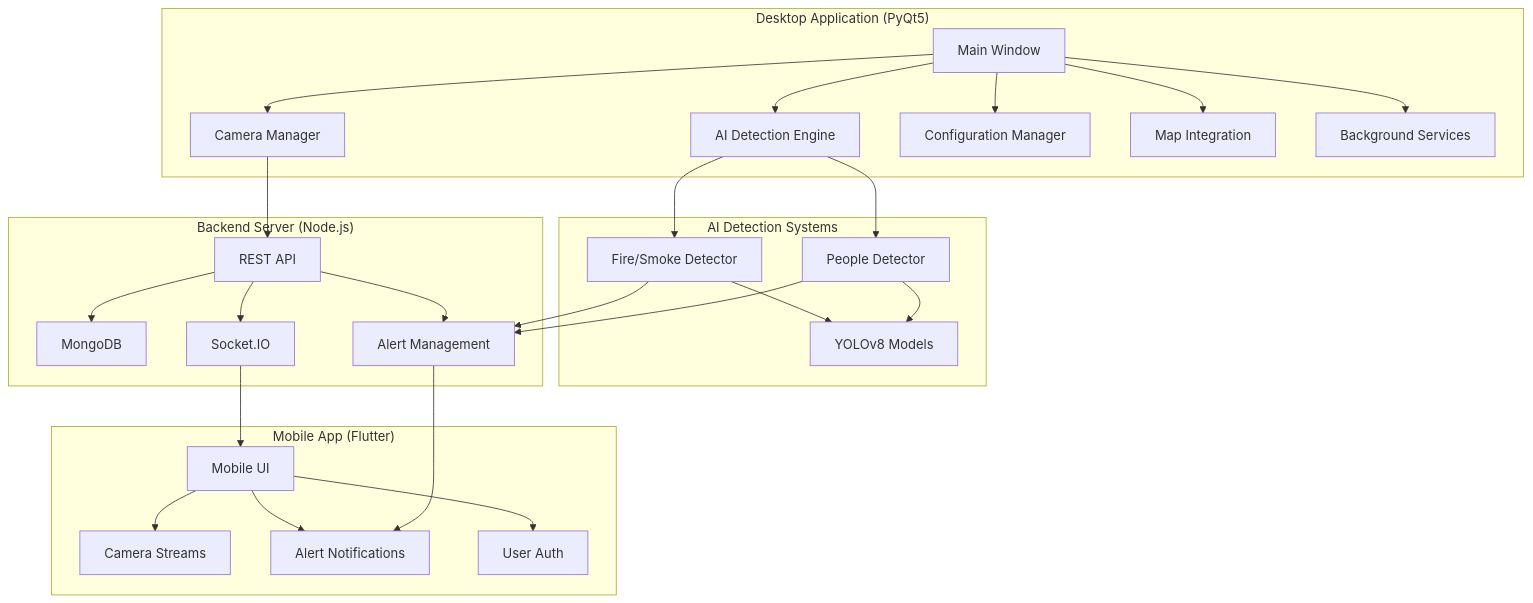
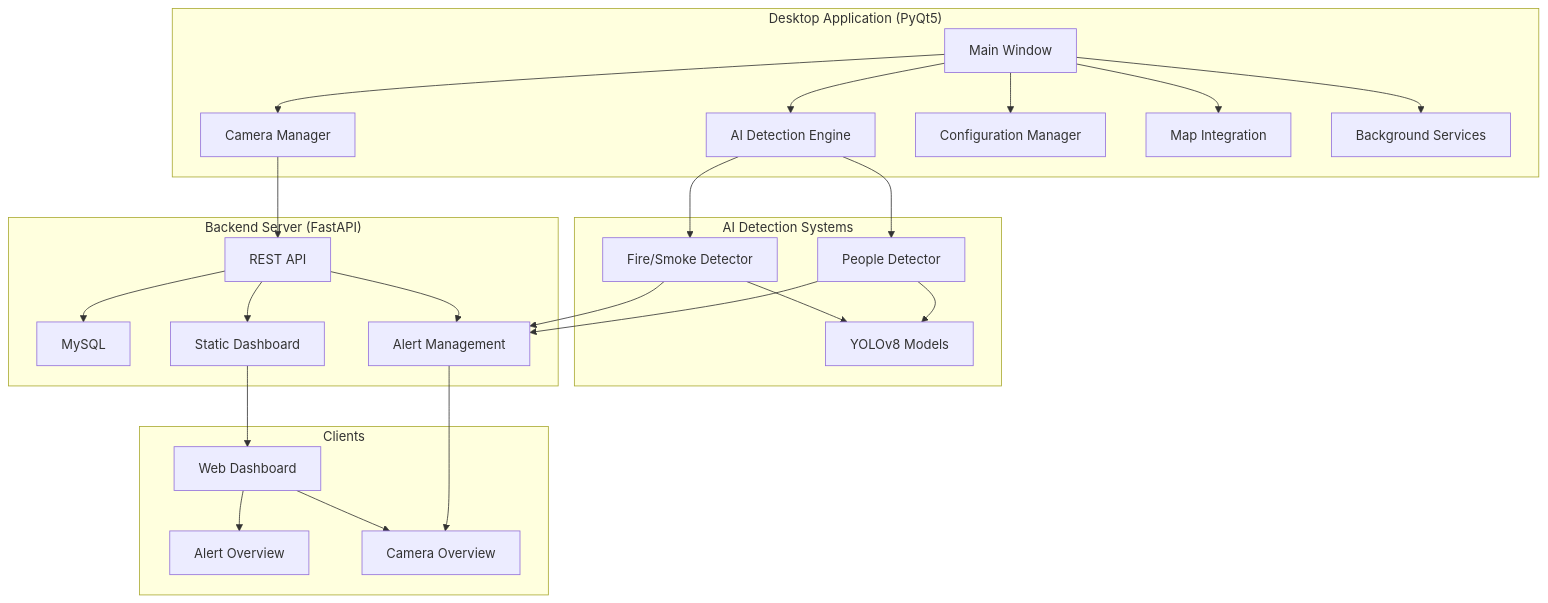
The first of 3 diagrams in software/README.md (AkashdeepG-FOC/firevision_sql), drawn with Mermaid before and after one commit. The commit also changed other lines of this file and 18 other files, not shown here.

````diff
--- a/software/README.md
+++ b/software/README.md
@@ -48,35 +48,34 @@
 ```mermaid
 graph TB
     subgraph "Desktop Application (PyQt5)"
         A[Main Window] --> B[Camera Manager]
         A --> C[AI Detection Engine]
         A --> D[Configuration Manager]
         A --> E[Map Integration]
         A --> F[Background Services]
     end
     
     subgraph "AI Detection Systems"
         C --> G[Fire/Smoke Detector]
         C --> H[People Detector]
         G --> I[YOLOv8 Models]
         H --> I
     end
     
-    subgraph "Backend Server (Node.js)"
-        J[REST API] --> K[MongoDB]
-        J --> L[Socket.IO]
+    subgraph "Backend Server (FastAPI)"
+        J[REST API] --> K[MySQL]
+        J --> L[Static Dashboard]
         J --> M[Alert Management]
     end
     
-    subgraph "Mobile App (Flutter)"
-        N[Mobile UI] --> O[Camera Streams]
-        N --> P[Alert Notifications]
-        N --> Q[User Auth]
+    subgraph "Clients"
+        N[Web Dashboard] --> O[Alert Overview]
+        N --> P[Camera Overview]
     end
     
     B --> J
     G --> M
     H --> M
     M --> P
     L --> N
 ```
````
